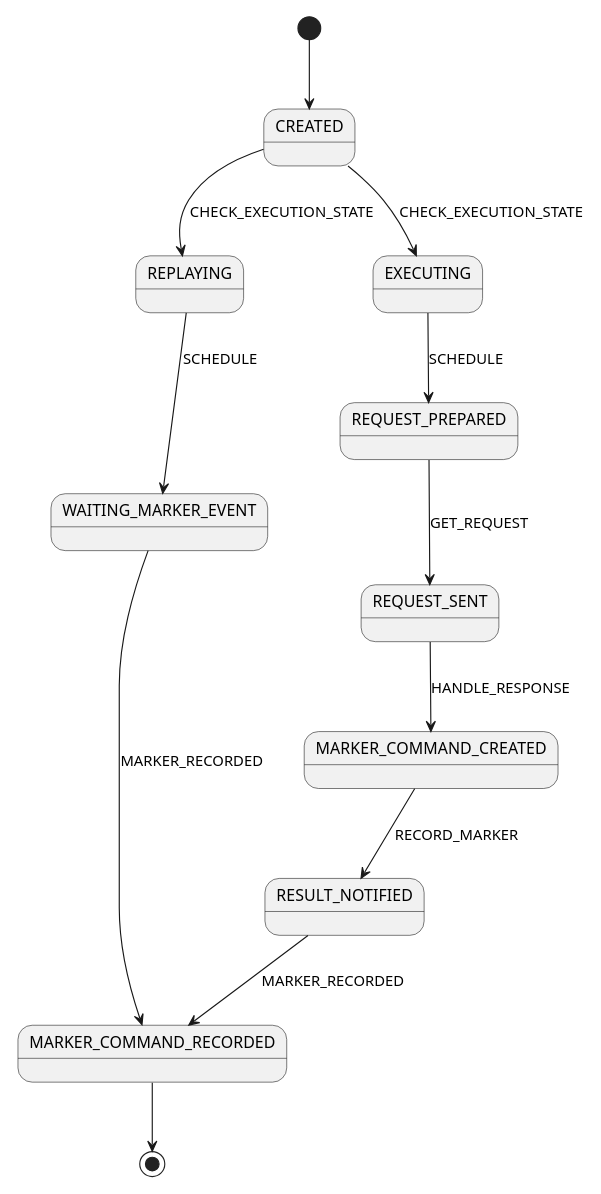
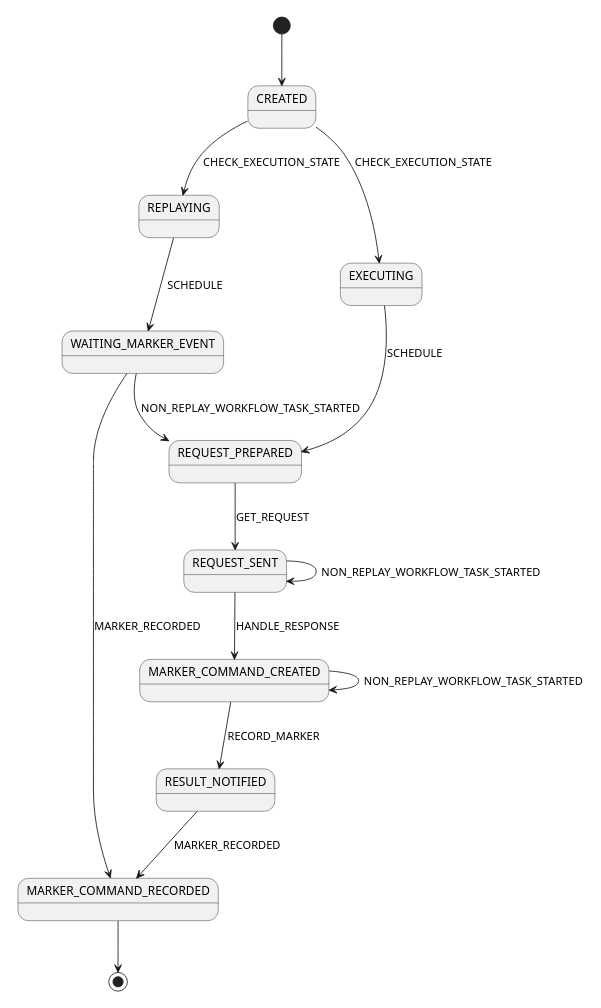
One commit to mfateev/temporal-java-sdk changed the diagram in src/main/java/io/temporal/internal/csm/LocalActivityStateMachine.puml. Above: the diagram before and after it, drawn with PlantUML. The commit also changed 64 other files, not shown here.

```diff
--- a/src/main/java/io/temporal/internal/csm/LocalActivityStateMachine.puml
+++ b/src/main/java/io/temporal/internal/csm/LocalActivityStateMachine.puml
@@ -23,14 +23,17 @@
 @startuml
 scale 350 width
 [*] --> CREATED
 CREATED --> REPLAYING: CHECK_EXECUTION_STATE
 CREATED --> EXECUTING: CHECK_EXECUTION_STATE
 EXECUTING --> REQUEST_PREPARED: SCHEDULE
 REQUEST_PREPARED --> REQUEST_SENT: GET_REQUEST
 REQUEST_SENT --> MARKER_COMMAND_CREATED: HANDLE_RESPONSE
+REQUEST_SENT --> REQUEST_SENT: NON_REPLAY_WORKFLOW_TASK_STARTED
 MARKER_COMMAND_CREATED --> RESULT_NOTIFIED: RECORD_MARKER
+MARKER_COMMAND_CREATED --> MARKER_COMMAND_CREATED: NON_REPLAY_WORKFLOW_TASK_STARTED
 RESULT_NOTIFIED --> MARKER_COMMAND_RECORDED: MARKER_RECORDED
 REPLAYING --> WAITING_MARKER_EVENT: SCHEDULE
 WAITING_MARKER_EVENT --> MARKER_COMMAND_RECORDED: MARKER_RECORDED
+WAITING_MARKER_EVENT --> REQUEST_PREPARED: NON_REPLAY_WORKFLOW_TASK_STARTED
 MARKER_COMMAND_RECORDED --> [*]
 @enduml
```
